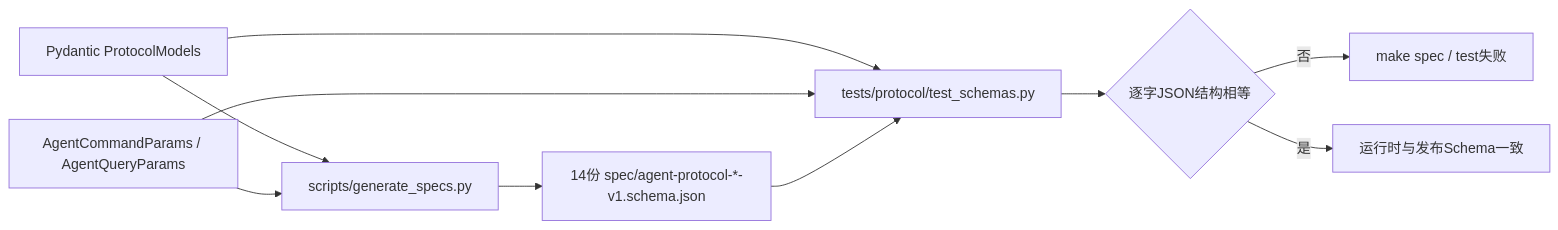
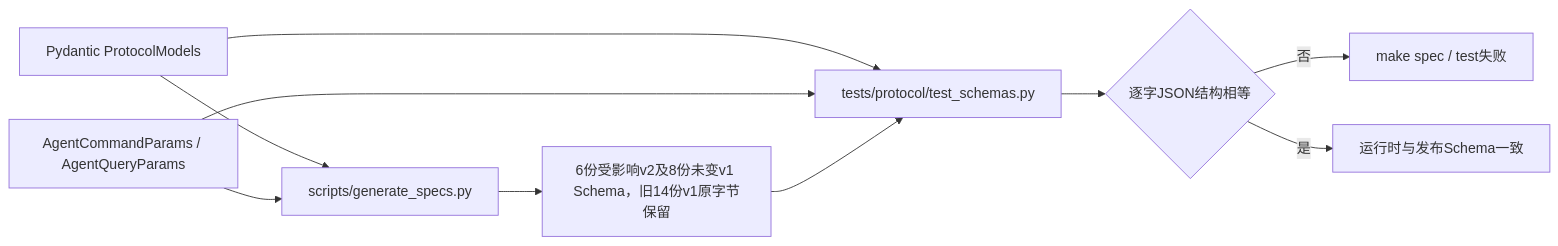
Before and after one commit to carrie1988/Harnessix: diagram 14 of 15 in docs/modules/protocol.md, drawn with Mermaid. The commit also changed other lines of this file and 99 other files, not shown here.

Commit message:
feat: 实现 R3 不可执行工具拒绝与 Agent Protocol 2.0

````diff
--- a/docs/modules/protocol.md
+++ b/docs/modules/protocol.md
@@ -1081,12 +1088,12 @@
 ```mermaid
 flowchart LR
     P["Pydantic ProtocolModels"] --> G["scripts/generate_specs.py"]
     U["AgentCommandParams / AgentQueryParams"] --> G
-    G --> S["14份 spec/agent-protocol-*-v1.schema.json"]
+    G --> S["6份受影响v2及8份未变v1 Schema，旧14份v1原字节保留"]
     P --> T["tests/protocol/test_schemas.py"]
     U --> T
     S --> T
     T --> C{"逐字JSON结构相等"}
     C -- 否 --> Drift["make spec / test失败"]
     C -- 是 --> Stable["运行时与发布Schema一致"]
 ```
````
